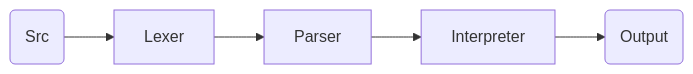
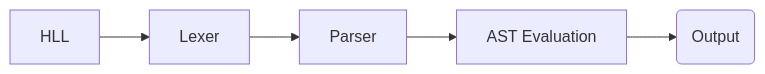
Before and after one commit to OrbitalJin/LogiCode: the first of 3 diagrams in README.md, drawn with Mermaid. The commit also changed other lines of this file and 2 other files, not shown here.

````diff
--- a/README.md
+++ b/README.md
@@ -36,7 +36,7 @@
 ```mermaid
 graph LR;
-  I(Src) --> Lexer;
+  HLL --> Lexer;
   Lexer --> Parser;
-  Parser --> Interpreter;
-  Interpreter --> O(Output);
+  Parser --> AST[AST Evaluation];
+  AST --> O(Output);
 ```
````
